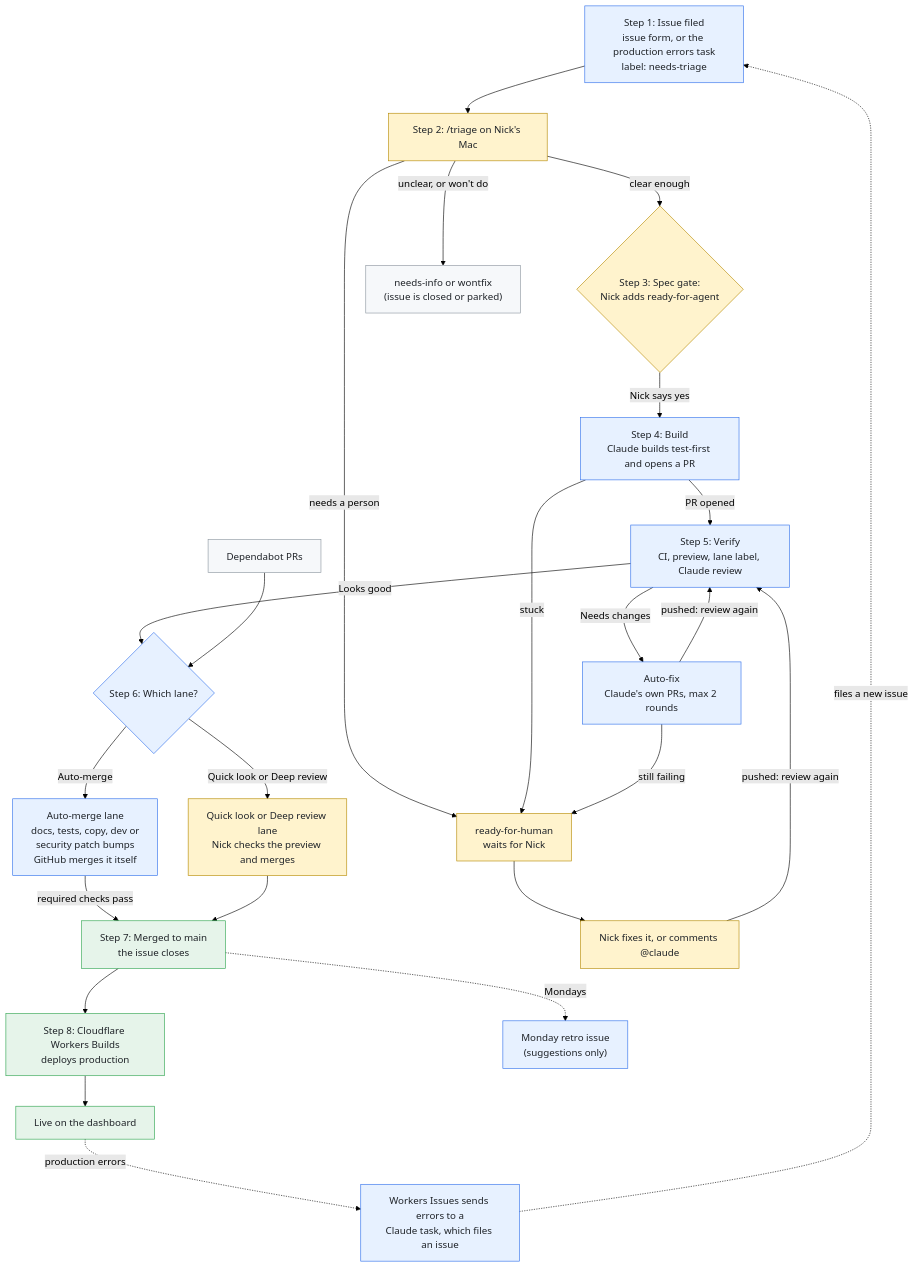
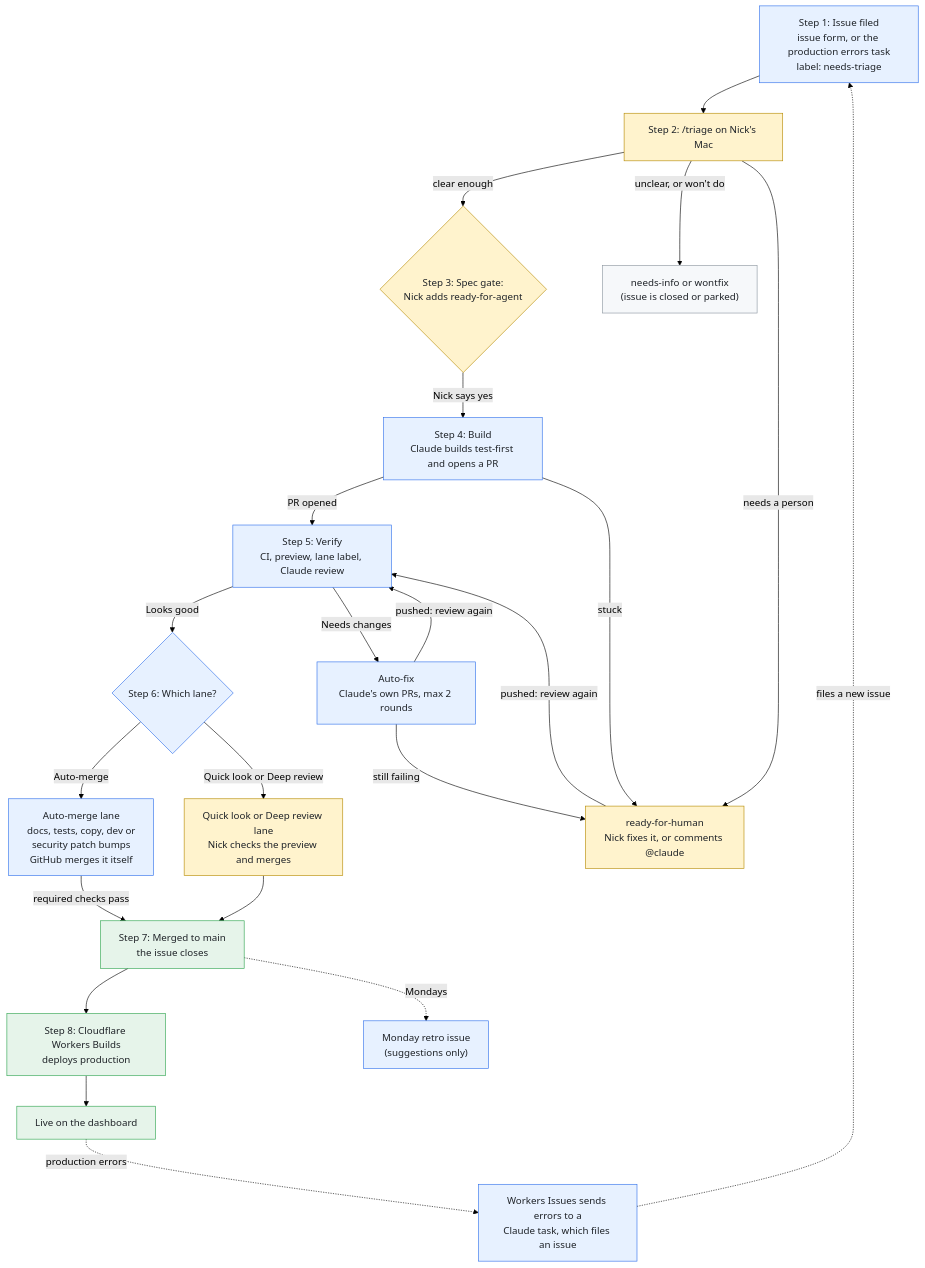
Before and after one commit to FutureProg/safe-streets-halton-data-dashboard: the diagram in docs/agents/software-factory.md, drawn with Mermaid (forest theme).

Commit message:
Factory diagram: drop the Dependabot box and merge the ready-for-human boxes
Claude-Session: https://claude.ai/code/session_015kaE8WkYzoYcjnzP5hY3zj

````diff
--- a/docs/agents/software-factory.md
+++ b/docs/agents/software-factory.md
@@ -9,51 +9,47 @@
 ```mermaid
 flowchart TD
   classDef nick fill:#fff3cd,stroke:#b58900,color:#1f2328
   classDef bot fill:#e7f1ff,stroke:#2f6feb,color:#1f2328
   classDef done fill:#e6f4ea,stroke:#2da44e,color:#1f2328
   classDef side fill:#f6f8fa,stroke:#8c959f,color:#1f2328
 
   A["Step 1: Issue filed<br/>issue form, or the production errors task<br/>label: needs-triage"]:::bot
   T["Step 2: /triage on Nick's Mac"]:::nick
   G{"Step 3: Spec gate:<br/>Nick adds ready-for-agent"}:::nick
   B["Step 4: Build<br/>Claude builds test-first and opens a PR"]:::bot
   V["Step 5: Verify<br/>CI, preview, lane label, Claude review"]:::bot
   L{"Step 6: Which lane?"}:::bot
   AM["Auto-merge lane<br/>docs, tests, copy, dev or<br/>security patch bumps<br/>GitHub merges it itself"]:::bot
   N["Quick look or Deep review lane<br/>Nick checks the preview and merges"]:::nick
   M["Step 7: Merged to main<br/>the issue closes"]:::done
   D["Step 8: Cloudflare Workers Builds<br/>deploys production"]:::done
   LIVE["Live on the dashboard"]:::done
 
   X["Auto-fix<br/>Claude's own PRs, max 2 rounds"]:::bot
-  H["ready-for-human<br/>waits for Nick"]:::nick
-  NH["Nick fixes it, or comments @claude"]:::nick
+  H["ready-for-human<br/>Nick fixes it, or comments @claude"]:::nick
   I["needs-info or wontfix<br/>(issue is closed or parked)"]:::side
-  DB["Dependabot PRs"]:::side
   E["Workers Issues sends errors to a<br/>Claude task, which files an issue"]:::bot
   R["Monday retro issue<br/>(suggestions only)"]:::bot
 
   A --> T
   T -->|"clear enough"| G
   T -->|"unclear, or won't do"| I
   T -->|"needs a person"| H
   G -->|"Nick says yes"| B
   B -->|"PR opened"| V
   B -->|"stuck"| H
   V -->|"Looks good"| L
   V -->|"Needs changes"| X
   X -->|"pushed: review again"| V
   X -->|"still failing"| H
-  DB --> L
   L -->|"Auto-merge"| AM
   L -->|"Quick look or Deep review"| N
   AM -->|"required checks pass"| M
   N --> M
-  H --> NH
-  NH -->|"pushed: review again"| V
+  H -->|"pushed: review again"| V
   M --> D
   D --> LIVE
   LIVE -.->|"production errors"| E
   E -.->|"files a new issue"| A
   M -.->|"Mondays"| R
 ```
````
